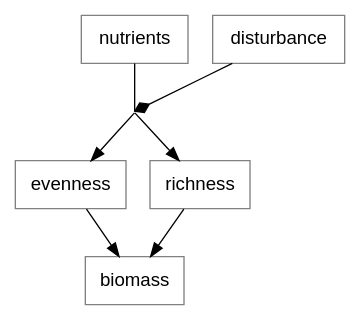
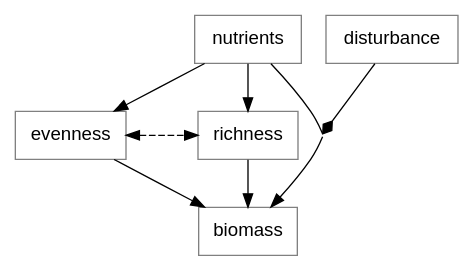
One commit to pennekampster/Swiss_SEM changed diagram 16 of 18 in 5_Slides/Intro_to_SEM_part2.qmd. Above: the diagram before and after it, drawn with Graphviz. The commit also changed other lines of this file and 1 other file, not shown here.

````diff
--- a/5_Slides/Intro_to_SEM_part2.qmd
+++ b/5_Slides/Intro_to_SEM_part2.qmd
@@ -837,30 +841,33 @@
 ```{dot}
 //| fig-width: 5
 digraph  {
 
    # a 'graph' statement
   graph [overlap = false, fontsize = 10, rankdir = TB, ranksep=.5]
 
   # several 'node' statements
   node [shape = box,
         fontname = Helvetica, color="gray"]
   
         evenness, richness;
         nutrients;
         disturbance;
         middleman
 
   middleman[shape=none width=0 height=0 label="" style=invis]
 disturbance->middleman [constraint=false, arrowhead=diamond];
 
-    middleman->richness;
-    middleman -> evenness;
-
+    middleman->biomass;
+  
     evenness-> biomass;
     richness->biomass;
 
     nutrients -> middleman[arrowhead=none];
-     
- #{ rank="same"; precipitation, nutrients, disturbance}
+    nutrients -> evenness;
+   nutrients -> richness;
+
+ evenness-> richness [dir=both; minlen=3, style="dashed"] ;
+
+ { rank="same"; evenness, richness}
 }
 ```
````
